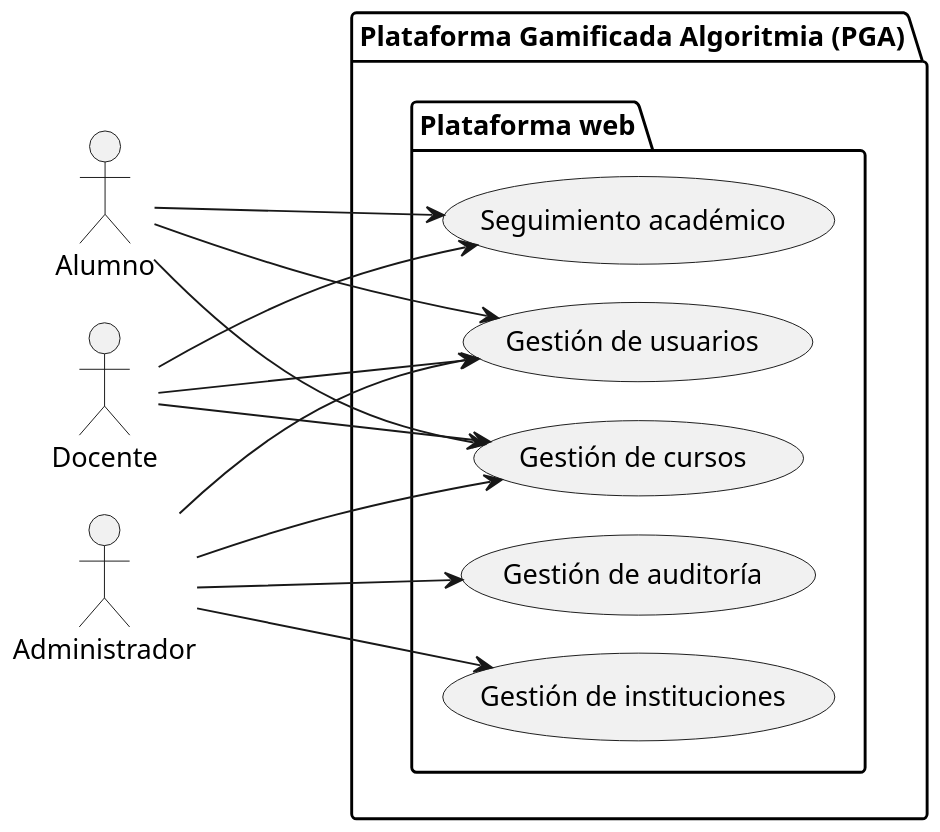
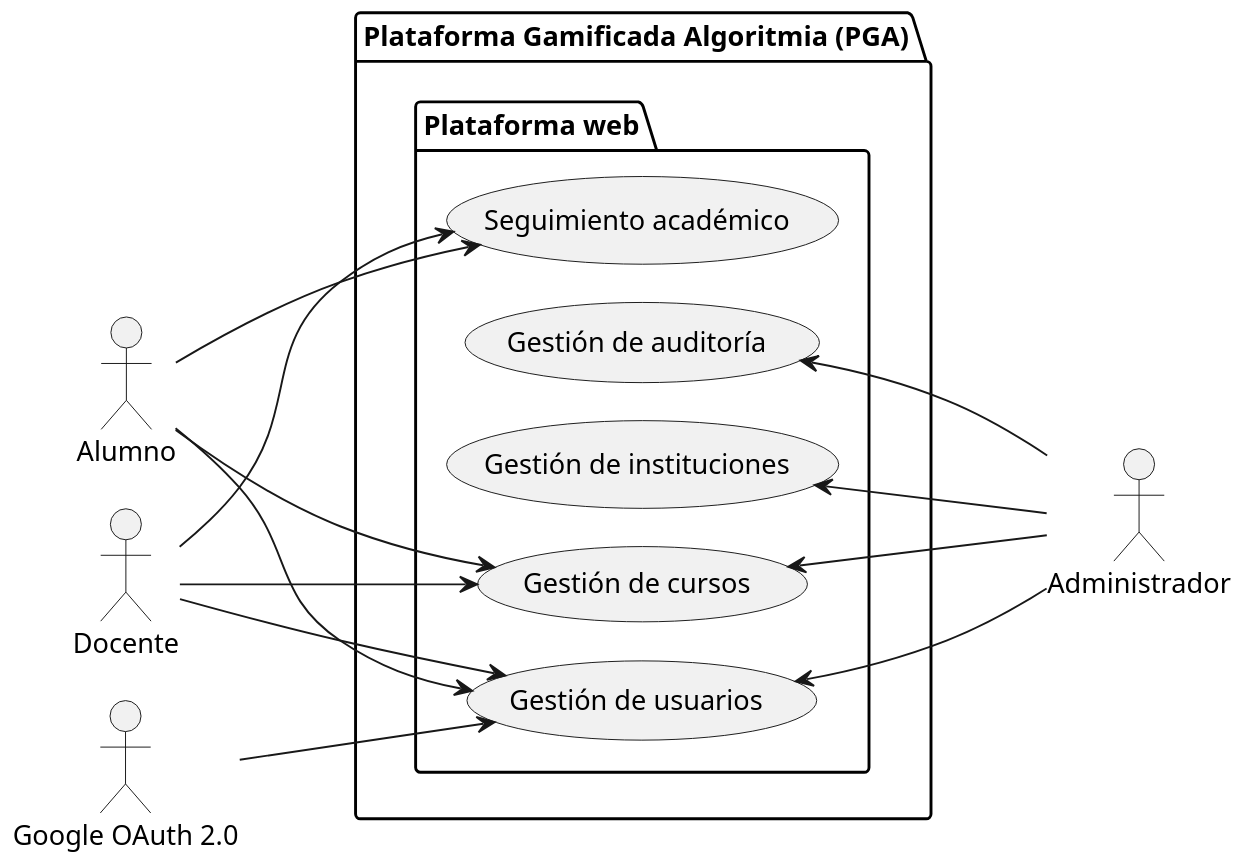
Before and after one commit to francoalbornoz2002/ASC-ProyectoAlgoritmia-TrabajoFinal: the diagram in docs/requisitos/casos-de-uso/diagramas-casos-de-uso/plataforma web/dcu-plataforma-web-alto-nivel.puml, drawn with PlantUML. The commit also changed 2 other files, not shown here.

Commit message:
Añadiendo actor Google OAuth 2.0 y actualizando diagramas

```diff
--- a/docs/requisitos/casos-de-uso/diagramas-casos-de-uso/plataforma web/dcu-plataforma-web-alto-nivel.puml
+++ b/docs/requisitos/casos-de-uso/diagramas-casos-de-uso/plataforma web/dcu-plataforma-web-alto-nivel.puml
@@ -1,41 +1,43 @@
 @startuml DCU_PlataformaWebAltoNivel
 left to right direction
 
 skinparam dpi 150
 skinparam usecasePadding 25
 skinparam actorPadding 80
 skinparam packagePadding 50
 skinparam wrapWidth 200
 
 skinparam nodesep 20
-skinparam ranksep 120
+skinparam ranksep 100
 
 actor Alumno
 actor Docente
 actor Administrador
-
+actor "Google OAuth 2.0" as GoogleOAuth2
 
 package "Plataforma Gamificada Algoritmia (PGA)"{
     package "Plataforma web"{
         usecase "Gestión de usuarios" as GestionUsuarios
         usecase "Gestión de instituciones" as GestionInstituciones
         usecase "Gestión de cursos" as GestionCursos
         usecase "Seguimiento académico" as SeguimientoAcademico
         usecase "Gestión de auditoría" as GestionAuditoria
     }
 
     Alumno --> GestionUsuarios
     Alumno --> GestionCursos
     Alumno --> SeguimientoAcademico
     
-    Administrador --> GestionUsuarios
-    Administrador --> GestionInstituciones
-    Administrador --> GestionCursos
-    Administrador --> GestionAuditoria
+    Administrador -up-> GestionUsuarios
+    Administrador -up-> GestionInstituciones
+    Administrador -up-> GestionCursos
+    Administrador -up-> GestionAuditoria
 
     Docente --> GestionUsuarios
     Docente --> GestionCursos
     Docente --> SeguimientoAcademico
+
+    GoogleOAuth2 --> GestionUsuarios
 }
 
 @enduml
```
